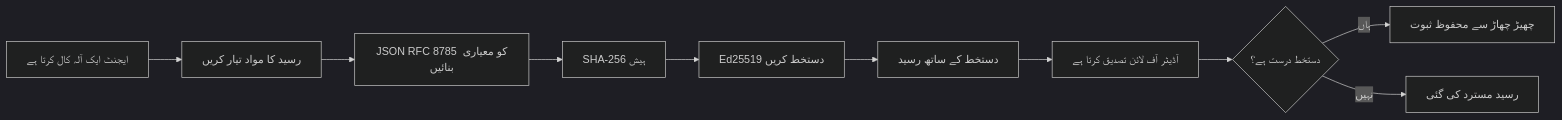
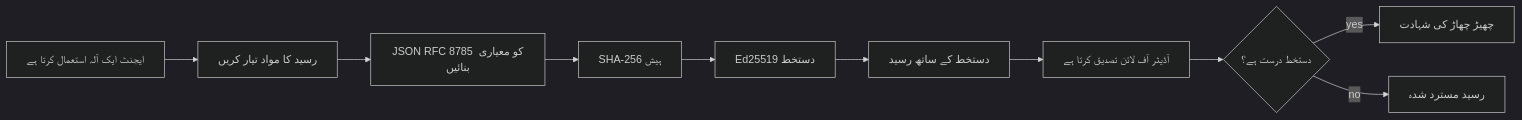
Before and after one commit to gabrielmoreira/agent-skills-mirror: the first of 2 diagrams in mirrors/repos/microsoft@ai-agents-for-beginners/translations/ur/18-securing-ai-agents/README.md, drawn with Mermaid (dark theme). The commit also changed other lines of this file and 2285 other files, not shown here.

````diff
--- a/mirrors/repos/microsoft@ai-agents-for-beginners/translations/ur/18-securing-ai-agents/README.md
+++ b/mirrors/repos/microsoft@ai-agents-for-beginners/translations/ur/18-securing-ai-agents/README.md
@@ -51,12 +51,12 @@
 ```mermaid
 flowchart LR
-    A[ایجنٹ ایک آلہ کال کرتا ہے] --> B[رسید کا مواد تیار کریں]
+    A[ایجنٹ ایک آلہ استعمال کرتا ہے] --> B[رسید کا مواد تیار کریں]
     B --> C[JSON RFC 8785 کو معیاری بنائیں]
     C --> D[SHA-256 ہیش]
-    D --> E[Ed25519 دستخط کریں]
+    D --> E[Ed25519 دستخط]
     E --> F[دستخط کے ساتھ رسید]
     F --> G[آڈیٹر آف لائن تصدیق کرتا ہے]
     G --> H{دستخط درست ہے؟}
-    H -- ہاں --> I[چھیڑ چھاڑ سے محفوظ ثبوت]
-    H -- نہیں --> J[رسید مسترد کی گئی]
+    H -- yes --> I[چھیڑ چھاڑ کی شہادت]
+    H -- no --> J[رسید مسترد شدہ]
 ```
````
